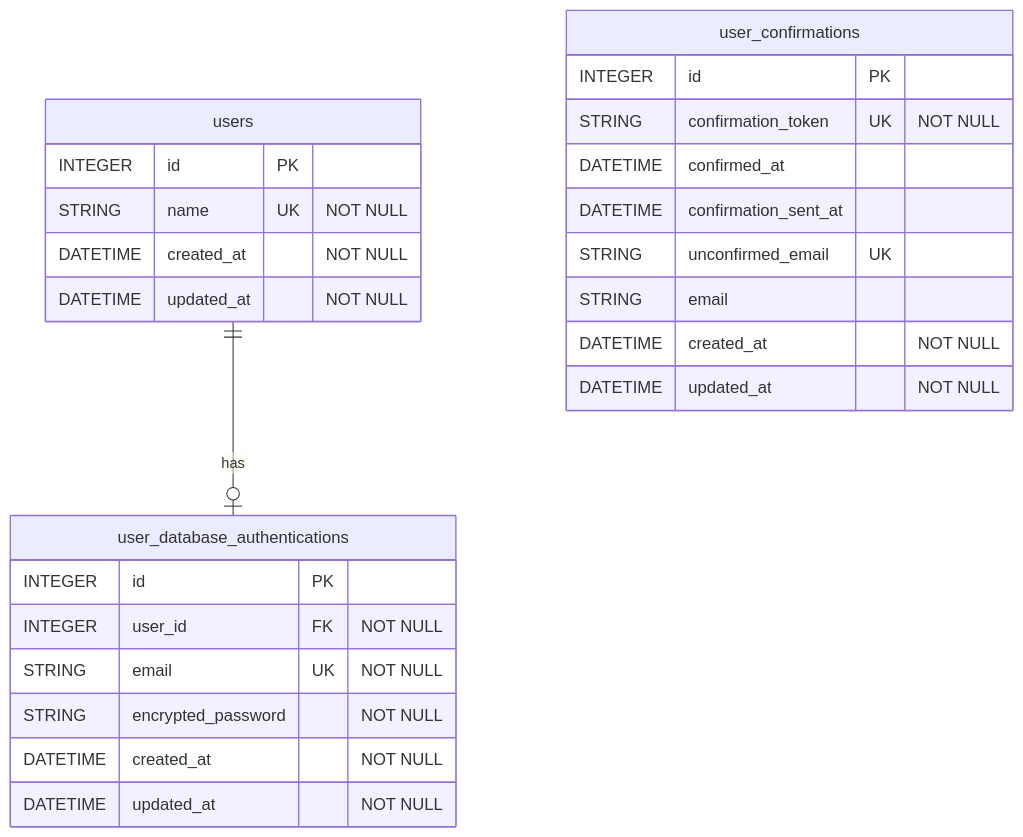
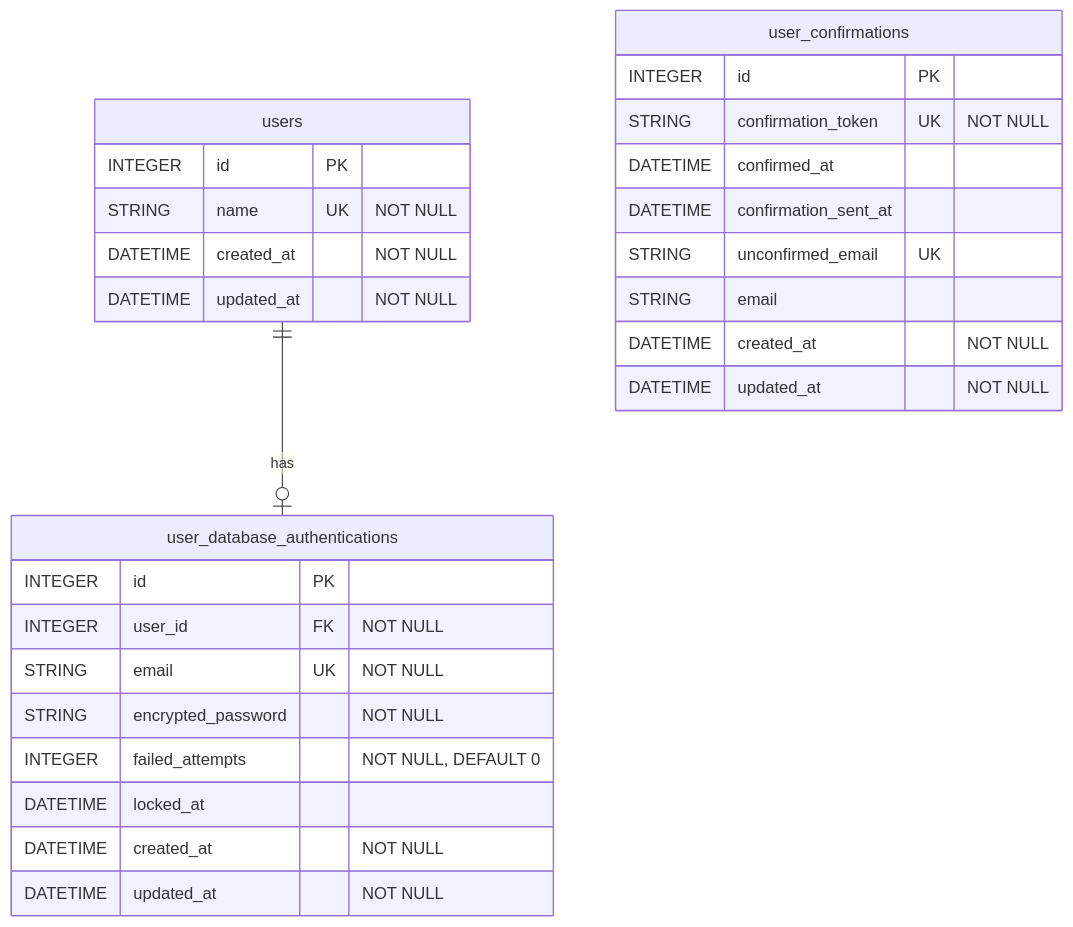
The first of 3 diagrams in docs/authentications/function_mail_authentication.md (Okunichiyou/rails-blog), drawn with Mermaid before and after one commit. The commit also changed other lines of this file, not shown here.

````diff
--- a/docs/authentications/function_mail_authentication.md
+++ b/docs/authentications/function_mail_authentication.md
@@ -15,31 +15,33 @@
 ```mermaid
 erDiagram
   users {
       INTEGER id PK
       STRING name UK "NOT NULL"
       DATETIME created_at "NOT NULL"
       DATETIME updated_at "NOT NULL"
   }
 
   user_database_authentications {
       INTEGER id PK
       INTEGER user_id FK "NOT NULL"
       STRING email UK "NOT NULL"
       STRING encrypted_password "NOT NULL"
+      INTEGER failed_attempts "NOT NULL, DEFAULT 0"
+      DATETIME locked_at
       DATETIME created_at "NOT NULL"
       DATETIME updated_at "NOT NULL"
   }
 
   user_confirmations {
       INTEGER id PK
       STRING confirmation_token UK "NOT NULL"
       DATETIME confirmed_at
       DATETIME confirmation_sent_at
       STRING unconfirmed_email UK
       STRING email
       DATETIME created_at "NOT NULL"
       DATETIME updated_at "NOT NULL"
   }
 
   users ||--o| user_database_authentications : "has"
 ```
````
